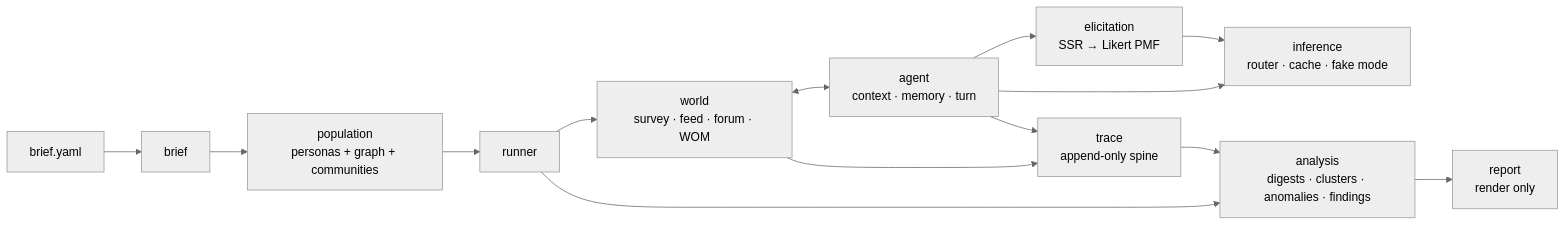
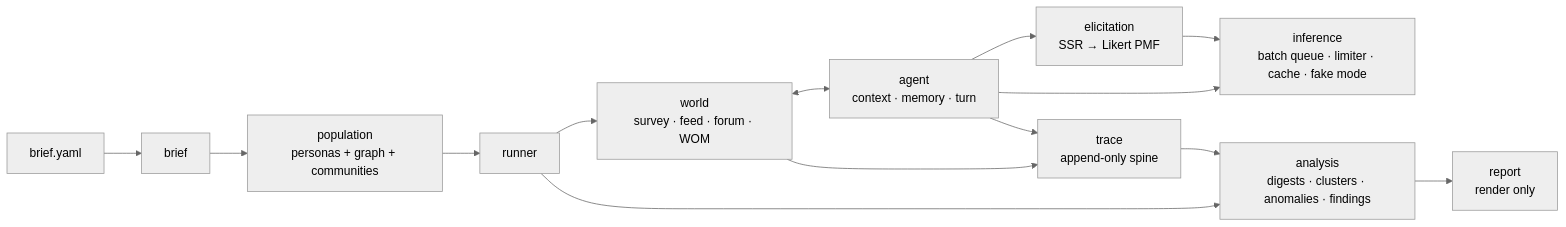
One commit to Tailorec/jahan changed the first of 2 diagrams in FINAL_ARCH.md. Above: the diagram before and after it, drawn with Mermaid (neutral theme). The commit also changed other lines of this file, not shown here.

````diff
--- a/FINAL_ARCH.md
+++ b/FINAL_ARCH.md
@@ -15,16 +15,16 @@
 ```mermaid
 flowchart LR
     A["brief.yaml"] --> B["brief"]
     B --> C["population<br/>personas + graph + communities"]
     C --> D["runner"]
     D --> E["world<br/>survey · feed · forum · WOM"]
     E <--> F["agent<br/>context · memory · turn"]
     F --> G["elicitation<br/>SSR → Likert PMF"]
-    F --> H["inference<br/>router · cache · fake mode"]
+    F --> H["inference<br/>batch queue · limiter · cache · fake mode"]
     G --> H
     E --> I["trace<br/>append-only spine"]
     F --> I
     I --> J["analysis<br/>digests · clusters · anomalies · findings"]
     J --> K["report<br/>render only"]
     D --> J
 ```
````
